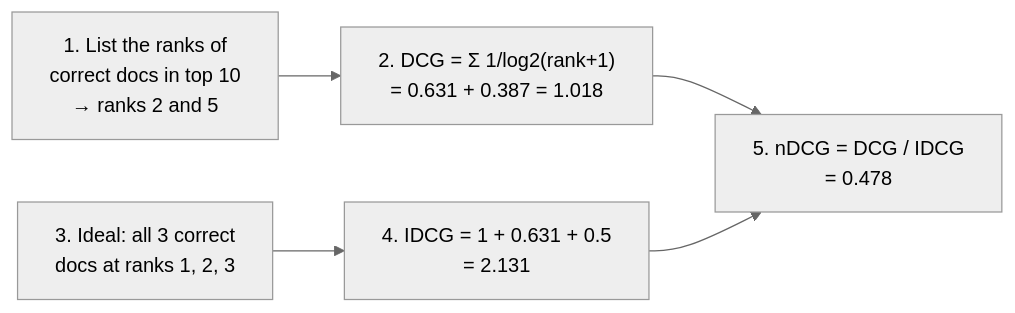
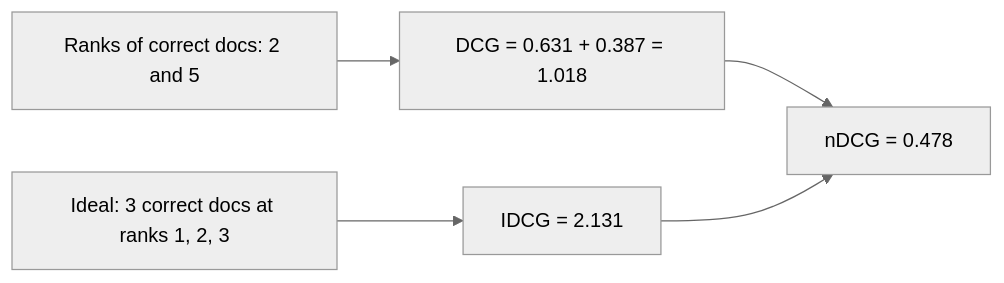
Before and after one commit to node31/fiqa-agentic-retrieval: the second of 4 diagrams in docs/from_zero/02_measuring_quality_and_speed.md, drawn with Mermaid (neutral theme). The commit also changed other lines of this file and 9 other files, not shown here.

````diff
--- a/docs/from_zero/02_measuring_quality_and_speed.md
+++ b/docs/from_zero/02_measuring_quality_and_speed.md
@@ -86,7 +64,7 @@
 ```mermaid
 flowchart LR
-    A["1. List the ranks of<br/>correct docs in top 10<br/>→ ranks 2 and 5"] --> B["2. DCG = Σ 1/log2(rank+1)<br/>= 0.631 + 0.387 = 1.018"]
-    C["3. Ideal: all 3 correct<br/>docs at ranks 1, 2, 3"] --> D["4. IDCG = 1 + 0.631 + 0.5<br/>= 2.131"]
-    B --> E["5. nDCG = DCG / IDCG<br/>= 0.478"]
+    A["Ranks of correct docs: 2 and 5"] --> B["DCG = 0.631 + 0.387 = 1.018"]
+    C["Ideal: 3 correct docs at ranks 1, 2, 3"] --> D["IDCG = 2.131"]
+    B --> E["nDCG = 0.478"]
     D --> E
 ```
````
